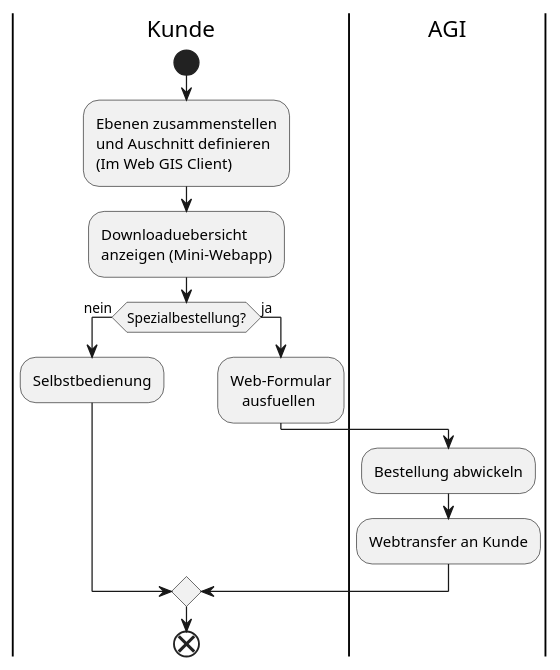
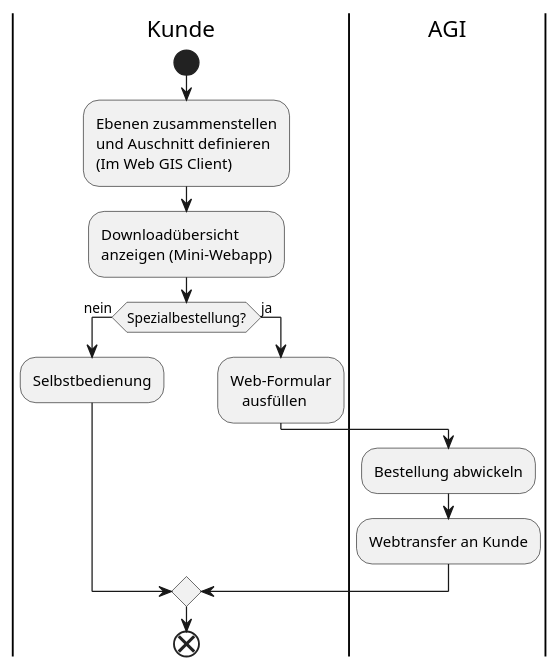
Before and after one commit to simi-so/mm: the diagram in puml/src/ablauf_datenbezug.puml, drawn with PlantUML. The commit also changed 6 other files, not shown here.

```diff
--- a/puml/src/ablauf_datenbezug.puml
+++ b/puml/src/ablauf_datenbezug.puml
@@ -1,20 +1,20 @@
 @startuml
 |Kunde|
 start
 :Ebenen zusammenstellen
 und Auschnitt definieren
 (Im Web GIS Client);
-:Downloaduebersicht
+:Downloadübersicht
 anzeigen (Mini-Webapp);
 if (Spezialbestellung?) then (nein)
 	:Selbstbedienung;
 else (ja)
 	:Web-Formular 
-    ausfuellen;
+    ausfüllen;
     |AGI|
     :Bestellung abwickeln;
     :Webtransfer an Kunde;
 endif
 |Kunde|
 end
 @enduml
```
